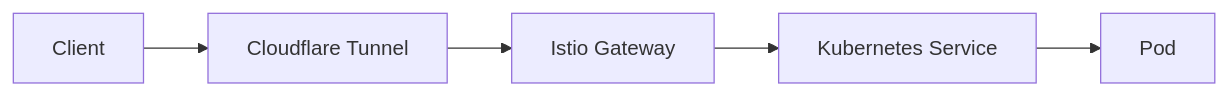
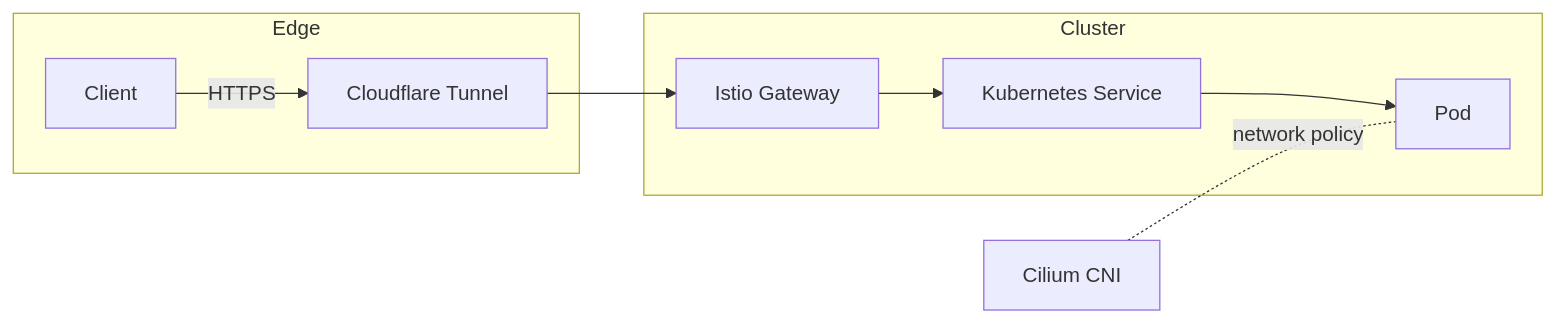
One commit to roib20/homelab-as-code changed the diagram in docs/explanation/networking-architecture.md. Above: the diagram before and after it, drawn with Mermaid. The commit also changed 9 other files, not shown here.

````diff
--- a/docs/explanation/networking-architecture.md
+++ b/docs/explanation/networking-architecture.md
@@ -19,7 +19,12 @@
 ```mermaid
 flowchart LR
-  Client[Client] --> Cloudflare[Cloudflare Tunnel]
-  Cloudflare --> Istio[Istio Gateway]
-  Istio --> Service[Kubernetes Service]
-  Service --> Pod[Pod]
+  subgraph Edge
+    Client[Client] -->|HTTPS| Cloudflare[Cloudflare Tunnel]
+  end
+  subgraph Cluster
+    Cloudflare --> Istio[Istio Gateway]
+    Istio --> Service[Kubernetes Service]
+    Service --> Pod[Pod]
+  end
+  Cilium[Cilium CNI] -. network policy .- Pod
 ```
````
